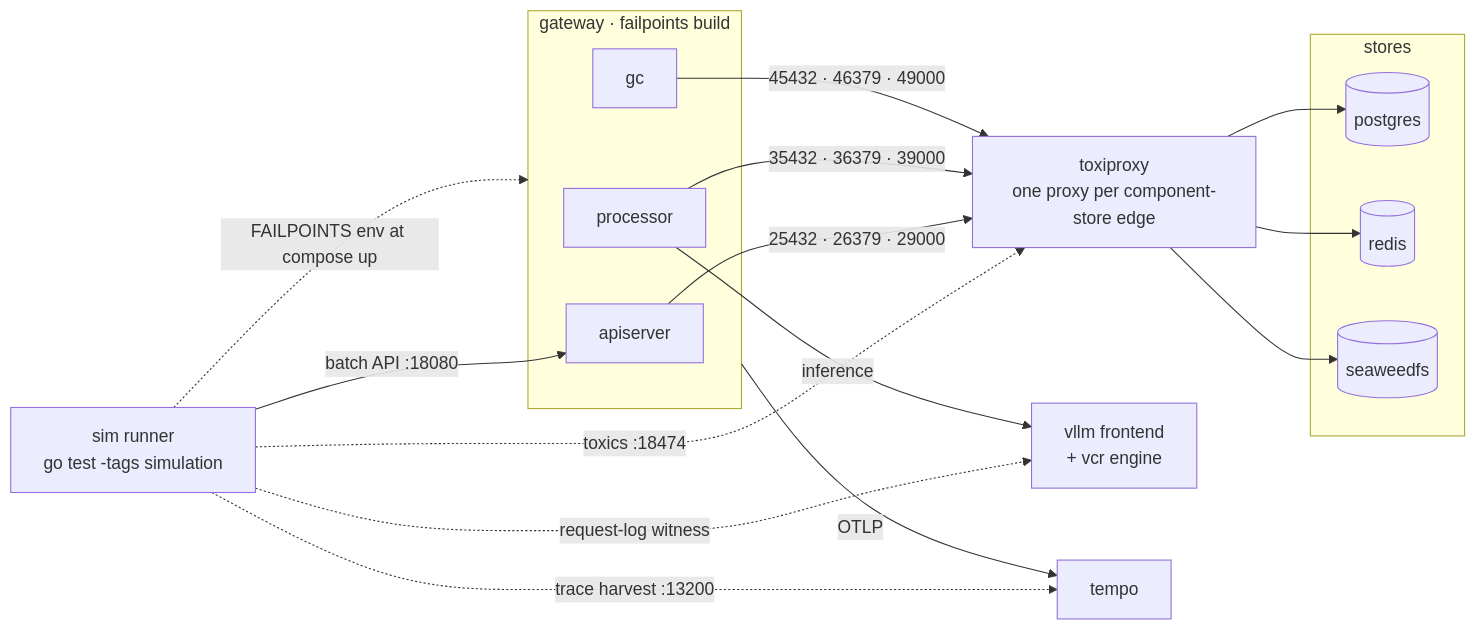
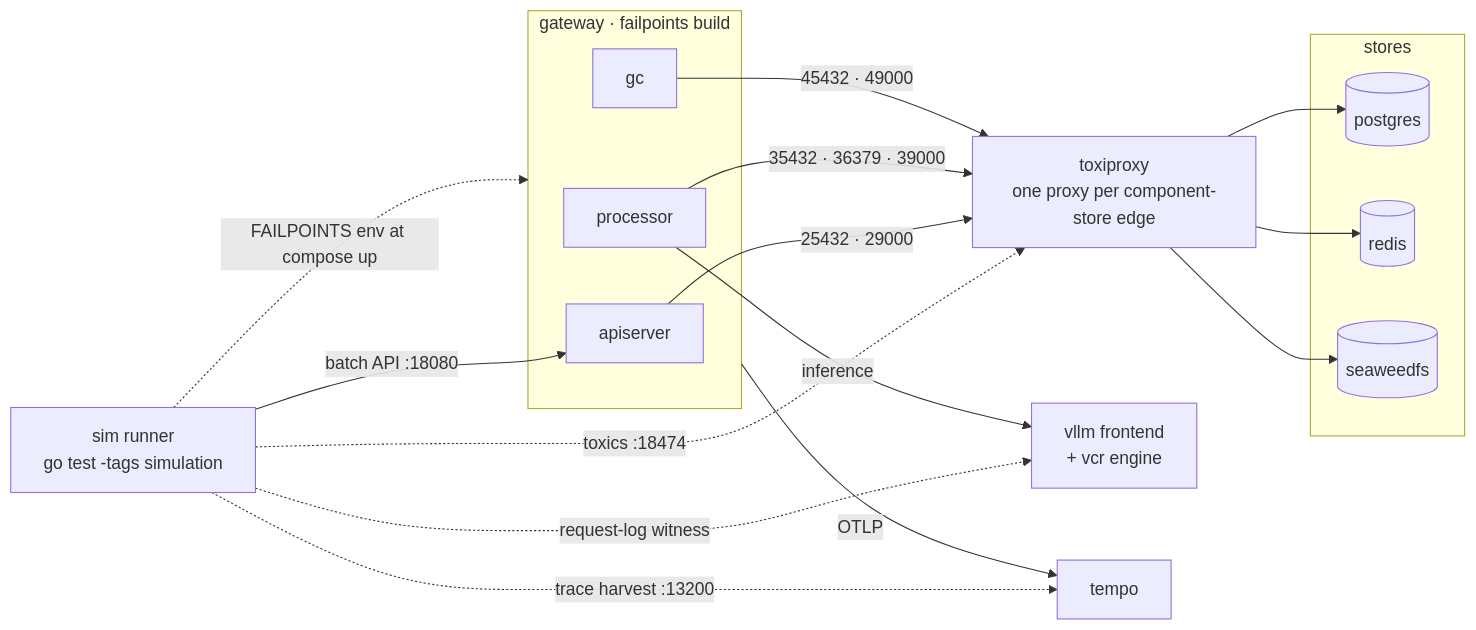
Before and after one commit to wseaton/llm-d-batch-gateway: the diagram in test/simulation/README.md, drawn with Mermaid. The commit also changed other lines of this file and 9 other files, not shown here.

````diff
--- a/test/simulation/README.md
+++ b/test/simulation/README.md
@@ -15,36 +15,36 @@
 ```mermaid
 flowchart LR
     runner["sim runner<br/>go test -tags simulation"]
 
     subgraph gateway["gateway · failpoints build"]
         apiserver
         processor
         gc
     end
 
     tox["toxiproxy<br/>one proxy per component-store edge"]
 
     subgraph stores
         postgres[(postgres)]
         redis[(redis)]
         seaweedfs[(seaweedfs)]
     end
 
     vcr["vllm frontend<br/>+ vcr engine"]
     tempo[tempo]
 
     runner -->|"batch API :18080"| apiserver
     runner -.->|"toxics :18474"| tox
     runner -.->|"FAILPOINTS env at compose up"| gateway
     runner -.->|"request-log witness"| vcr
     runner -.->|"trace harvest :13200"| tempo
 
-    apiserver -->|"25432 · 26379 · 29000"| tox
+    apiserver -->|"25432 · 29000"| tox
     processor -->|"35432 · 36379 · 39000"| tox
-    gc -->|"45432 · 46379 · 49000"| tox
+    gc -->|"45432 · 49000"| tox
     tox --> postgres
     tox --> redis
     tox --> seaweedfs
     processor -->|inference| vcr
     gateway -->|OTLP| tempo
 ```
````
